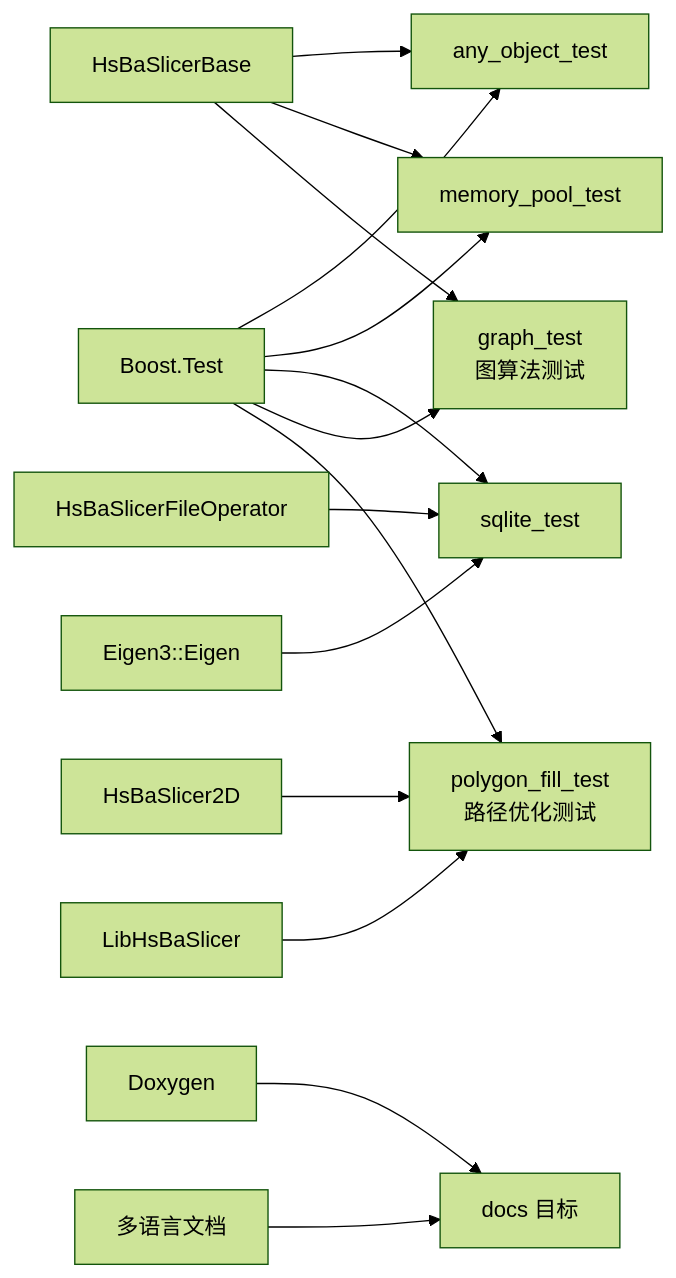
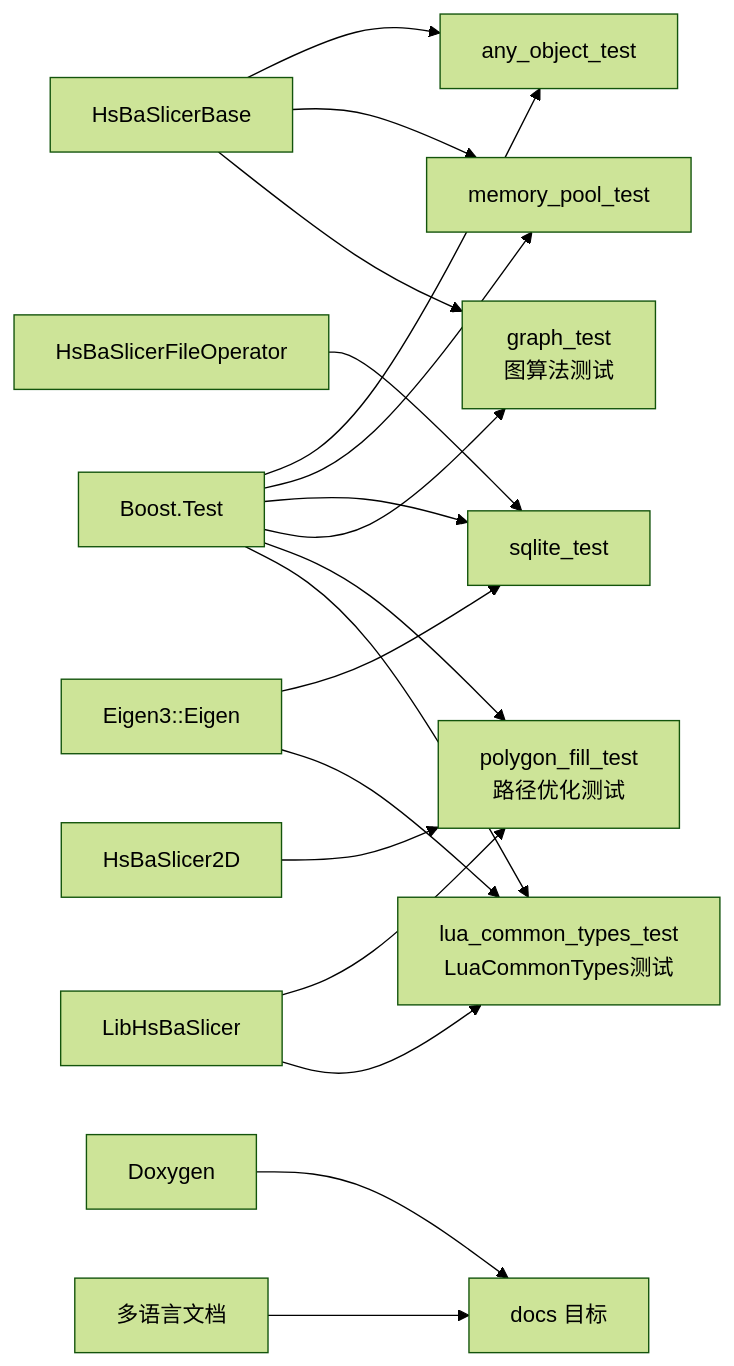
One commit to hsmbanlance/HsBaSlicer changed diagram 12 of 12 in .qoder/repowiki/zh/content/测试与调试/测试与文档基础设施.md. Above: the diagram before and after it, drawn with Mermaid (forest theme). The commit also changed other lines of this file and 14 other files, not shown here.

````diff
--- a/.qoder/repowiki/zh/content/测试与调试/测试与文档基础设施.md
+++ b/.qoder/repowiki/zh/content/测试与调试/测试与文档基础设施.md
@@ -543,17 +672,20 @@
 ```mermaid
 graph LR
 Boost["Boost.Test"] --> T1["any_object_test"]
 Boost --> T2["memory_pool_test"]
 Boost --> T3["sqlite_test"]
 Boost --> T4["graph_test<br/>图算法测试"]
 Boost --> T5["polygon_fill_test<br/>路径优化测试"]
+Boost --> T6["lua_common_types_test<br/>LuaCommonTypes测试"]
 HBase["HsBaSlicerBase"] --> T1
 HBase --> T2
 HBase --> T4
 HFileOp["HsBaSlicerFileOperator"] --> T3
 HEigen["Eigen3::Eigen"] --> T3
 H2D["HsBaSlicer2D"] --> T5
 HLua["LibHsBaSlicer"] --> T5
+HLua --> T6
+HEigen --> T6
 Doxy["Doxygen"] --> Docs["docs 目标"]
 MultiLang["多语言文档"] --> Docs
 ```
````
